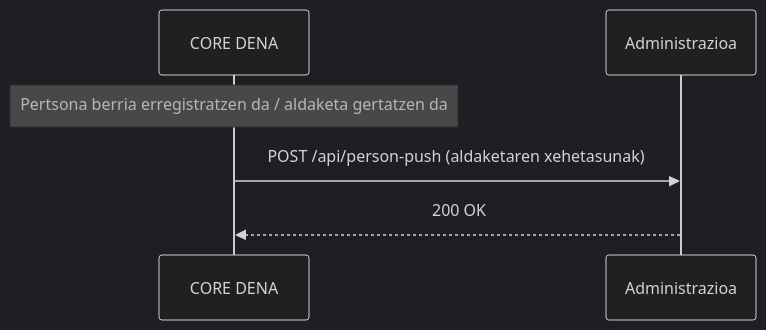
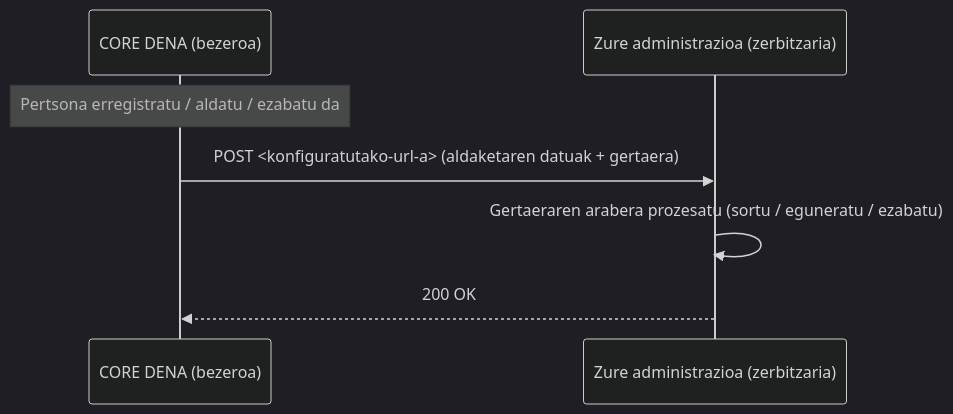
Before and after one commit to DENA-Euskadi/dena-euskadi.github.io: the diagram in docs/semantica/person-sync/push.eu.md, drawn with Mermaid (dark theme). The commit also changed other lines of this file and 52 other files, not shown here.

````diff
--- a/docs/semantica/person-sync/push.eu.md
+++ b/docs/semantica/person-sync/push.eu.md
@@ -9,9 +11,10 @@
 ``` mermaid
 sequenceDiagram
-    participant DENA as CORE DENA
-    participant Admin as Administrazioa
+    participant DENA as CORE DENA (bezeroa)
+    participant Admin as Zure administrazioa (zerbitzaria)
 
-    Note over DENA: Pertsona berria erregistratzen da / aldaketa gertatzen da
-    DENA->>Admin: POST /api/person-push (aldaketaren xehetasunak)
+    Note over DENA: Pertsona erregistratu / aldatu / ezabatu da
+    DENA->>Admin: POST <konfiguratutako-url-a> (aldaketaren datuak + gertaera)
+    Admin->>Admin: Gertaeraren arabera prozesatu (sortu / eguneratu / ezabatu)
     Admin-->>DENA: 200 OK
 ```
````
